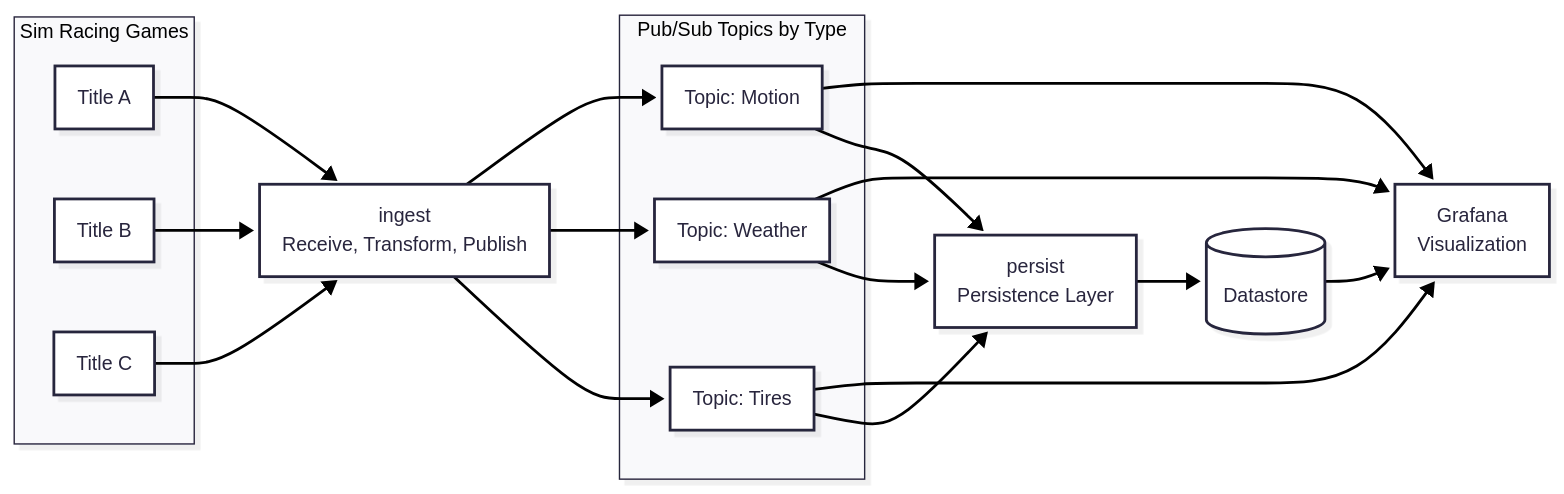
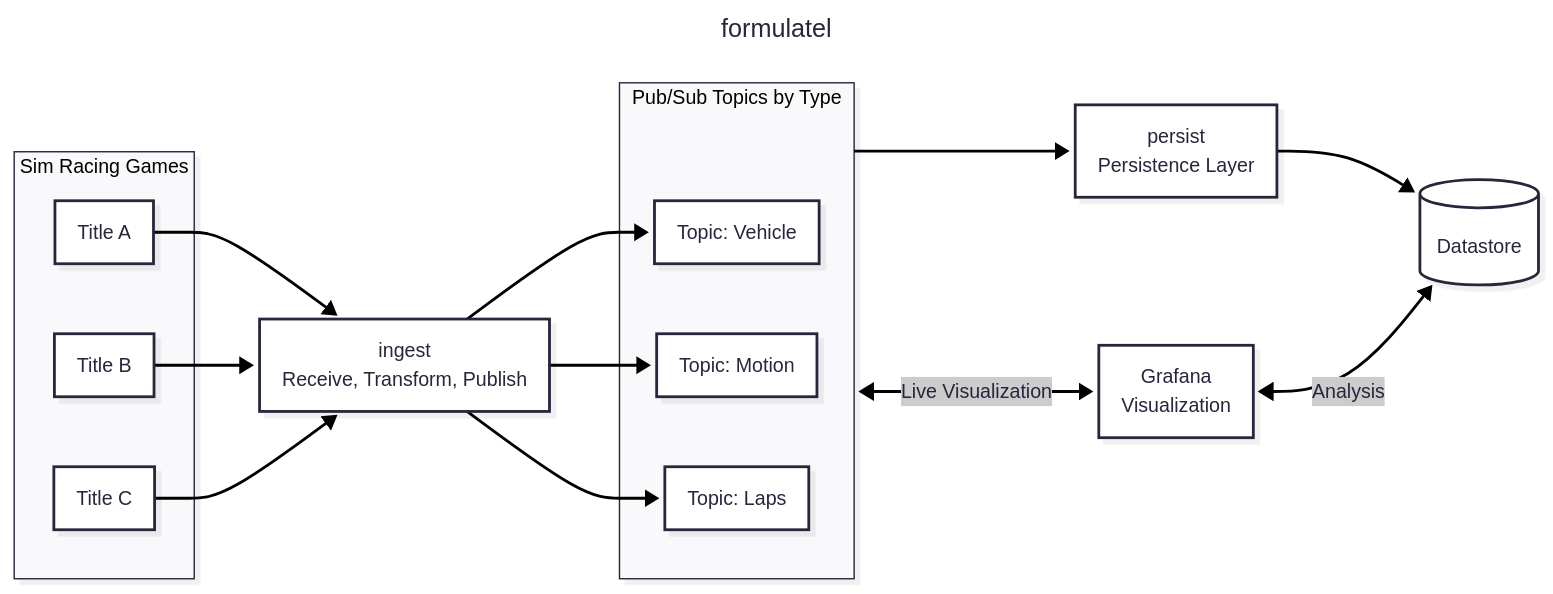
One commit to Isnor/formulatel changed the diagram in readme.md. Above: the diagram before and after it, drawn with Mermaid. The commit also changed 19 other files, not shown here.

````diff
--- a/readme.md
+++ b/readme.md
@@ -9,36 +9,33 @@
 ```mermaid
 ---
 config:
   theme: redux
   look: neo
+title: formulatel
 ---
 flowchart LR
   subgraph Sources [Sim Racing Games]
     T1[Title A]
     T2[Title B]
     TN[Title C]
   end
-  X[ingest<br/>Receive, Transform, Publish]
+  Ingest[ingest<br/>Receive, Transform, Publish]
   subgraph PubSub [Pub/Sub Topics by Type]
-    TypeA[Topic: Motion]
-    TypeB[Topic: Weather]
-    TypeN[Topic: Tires]
+    TypeA[Topic: Vehicle]
+    TypeB[Topic: Motion]
+    TypeN[Topic: Laps]
   end
   G[Grafana<br/>Visualization]
-  Y[persist<br/>Persistence Layer]
+  T1 --> Ingest
+  T2 --> Ingest
+  TN --> Ingest
+  Ingest --> TypeA
+  Ingest --> TypeB
+  Ingest --> TypeN
+  Persist[persist<br/>Persistence Layer]
   DB[(Datastore)]
-  T1 --> X
-  T2 --> X
-  TN --> X
-  X --> TypeA
-  X --> TypeB
-  X --> TypeN
-  TypeA --> G
-  TypeB --> G
-  TypeN --> G
-  TypeA --> Y
-  TypeB --> Y
-  TypeN --> Y
-  Y --> DB
-  DB --> G
+  Persist --> DB
+  PubSub --> Persist
+  PubSub <--Live Visualization--> G
+  G <--Analysis--> DB
 ```
````
